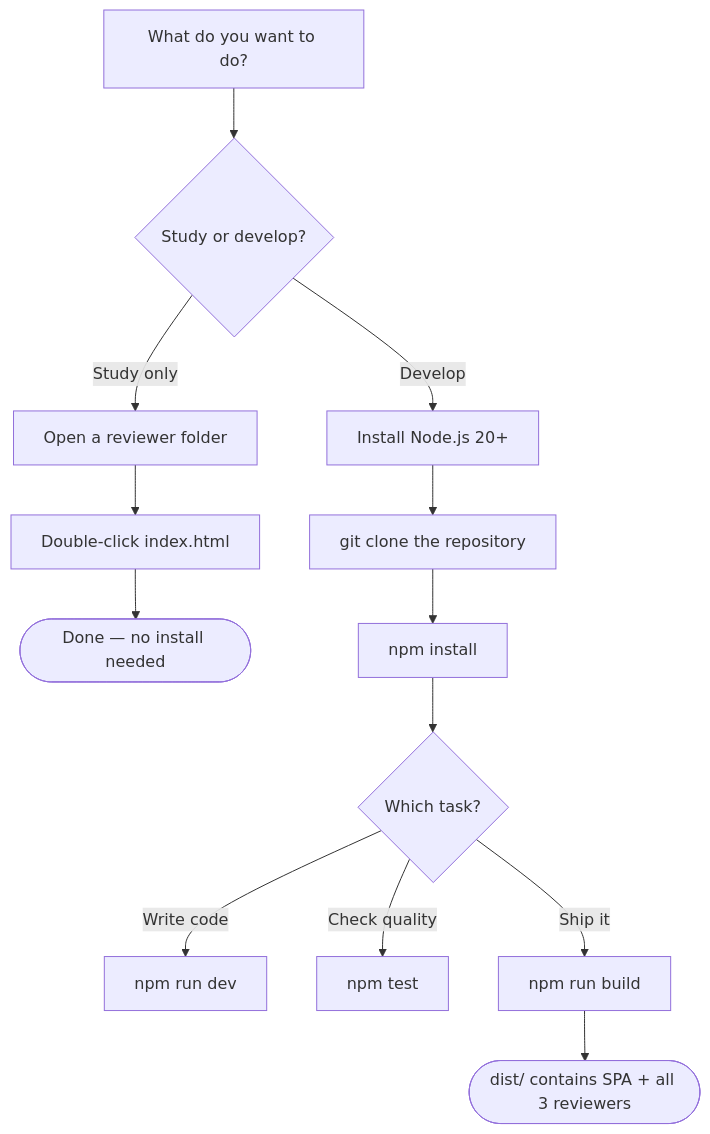
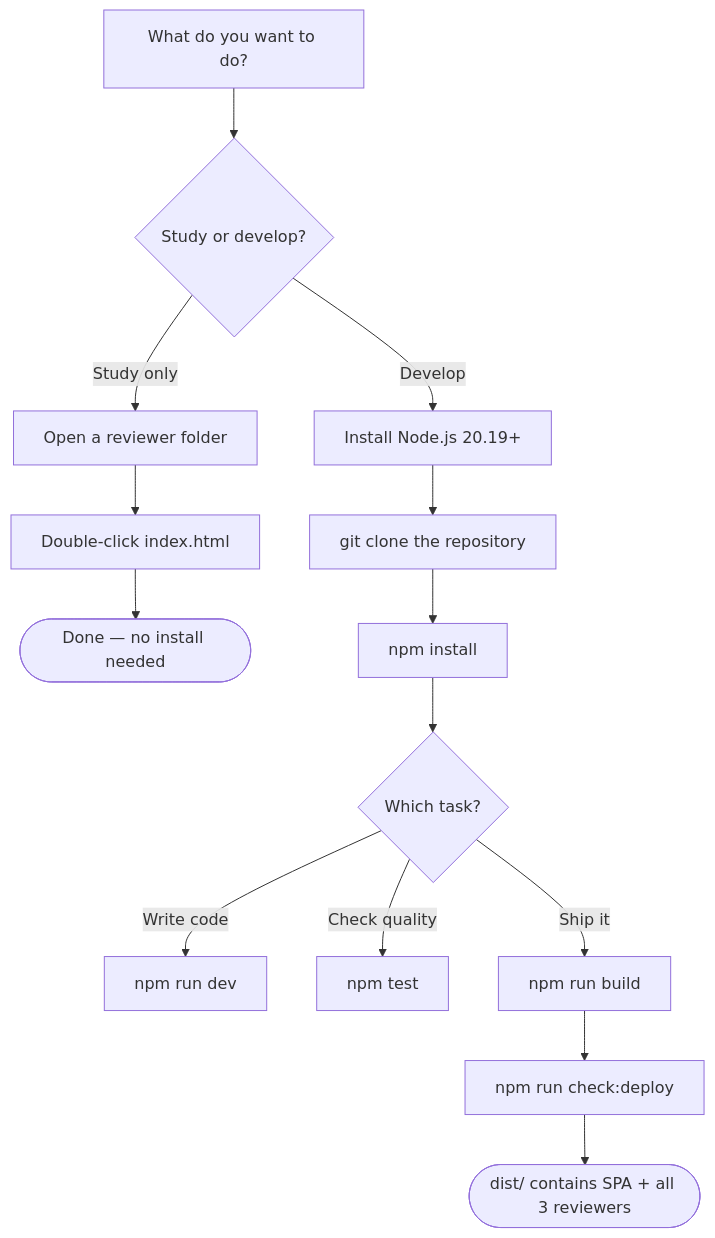
Before and after one commit to SecretlySpy/IT-Subjects-Reviewer: the first of 2 diagrams in Tech Stack Setup Guide.md, drawn with Mermaid. The commit also changed other lines of this file and 122 other files, not shown here.

````diff
--- a/Tech Stack Setup Guide.md
+++ b/Tech Stack Setup Guide.md
@@ -131,15 +132,16 @@
 ```mermaid
 flowchart TD
     A[What do you want to do?] --> B{Study or develop?}
     B -->|Study only| C[Open a reviewer folder]
     C --> D[Double-click index.html]
     D --> E([Done — no install needed])
-    B -->|Develop| F[Install Node.js 20+]
+    B -->|Develop| F[Install Node.js 20.19+]
     F --> G[git clone the repository]
     G --> H[npm install]
     H --> I{Which task?}
     I -->|Write code| J[npm run dev]
     I -->|Check quality| K[npm test]
     I -->|Ship it| L[npm run build]
-    L --> M([dist/ contains SPA + all 3 reviewers])
+    L --> M[npm run check:deploy]
+    M --> N([dist/ contains SPA + all 3 reviewers])
 ```
````
